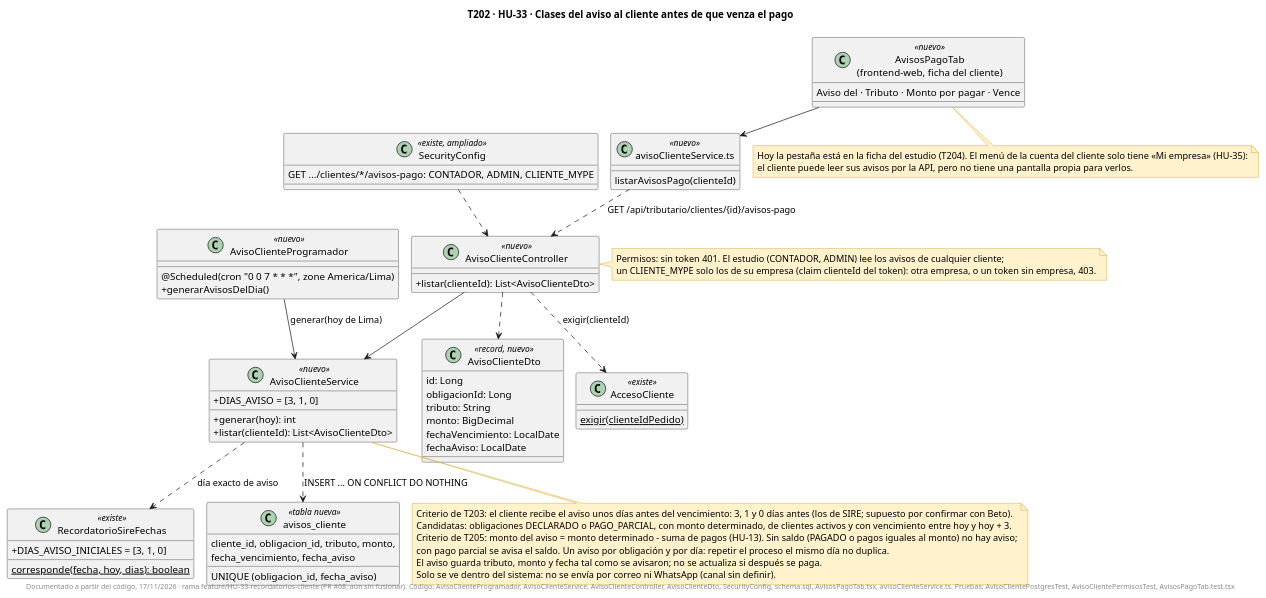
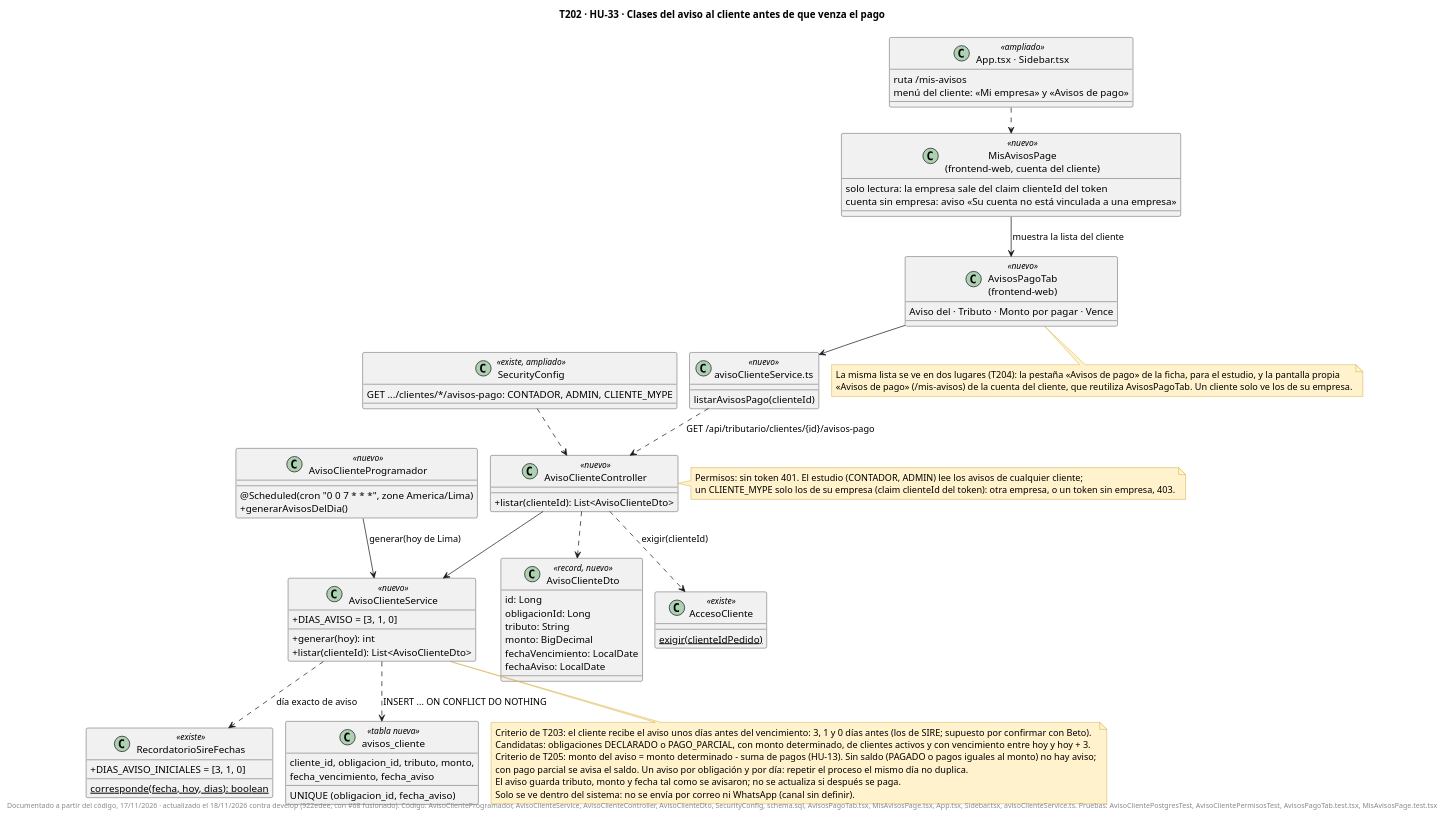
One commit to fabianrodriguez33/plus-contable changed the diagram in docs/uml/T202-HU33-clases.puml. Above: the diagram before and after it, drawn with PlantUML. The commit also changed 11 other files, not shown here.

Commit message:
Diagramas de HU-33, HU-35 y HU-34 actualizados con develop: pantalla «Avisos de pago», redirección al renderizar, 401 que borra la copia local y caché versionado

```diff
--- a/docs/uml/T202-HU33-clases.puml
+++ b/docs/uml/T202-HU33-clases.puml
@@ -1,90 +1,102 @@
 @startuml
 !pragma layout smetana
 title T202 · HU-33 · Clases del aviso al cliente antes de que venza el pago
 skinparam classAttributeIconSize 0
 skinparam shadowing false
 skinparam noteBackgroundColor #FFF2CC
 skinparam noteBorderColor #BF9000
 
 class AvisoClienteProgramador <<nuevo>> {
   @Scheduled(cron "0 0 7 * * *", zone America/Lima)
   +generarAvisosDelDia()
 }
 
 class AvisoClienteService <<nuevo>> {
   +DIAS_AVISO = [3, 1, 0]
   +generar(hoy): int
   +listar(clienteId): List<AvisoClienteDto>
 }
 
 class AvisoClienteController <<nuevo>> {
   +listar(clienteId): List<AvisoClienteDto>
 }
 
 class AvisoClienteDto <<record, nuevo>> {
   id: Long
   obligacionId: Long
   tributo: String
   monto: BigDecimal
   fechaVencimiento: LocalDate
   fechaAviso: LocalDate
 }
 
 class RecordatorioSireFechas <<existe>> {
   +DIAS_AVISO_INICIALES = [3, 1, 0]
   {static} corresponde(fecha, hoy, dias): boolean
 }
 
 class AccesoCliente <<existe>> {
   {static} exigir(clienteIdPedido)
 }
 
 class SecurityConfig <<existe, ampliado>> {
   GET .../clientes/*/avisos-pago: CONTADOR, ADMIN, CLIENTE_MYPE
 }
 
 class "avisos_cliente" as Tabla <<tabla nueva>> {
   cliente_id, obligacion_id, tributo, monto,
   fecha_vencimiento, fecha_aviso
   UNIQUE (obligacion_id, fecha_aviso)
 }
 
-class "AvisosPagoTab\n(frontend-web, ficha del cliente)" as Tab <<nuevo>> {
+class "AvisosPagoTab\n(frontend-web)" as Tab <<nuevo>> {
   Aviso del · Tributo · Monto por pagar · Vence
+}
+
+class "MisAvisosPage\n(frontend-web, cuenta del cliente)" as Mis <<nuevo>> {
+  solo lectura: la empresa sale del claim clienteId del token
+  cuenta sin empresa: aviso «Su cuenta no está vinculada a una empresa»
+}
+
+class "App.tsx · Sidebar.tsx" as Nav <<ampliado>> {
+  ruta /mis-avisos
+  menú del cliente: «Mi empresa» y «Avisos de pago»
 }
 
 class "avisoClienteService.ts" as Srv <<nuevo>> {
   listarAvisosPago(clienteId)
 }
 
 AvisoClienteProgramador --> AvisoClienteService : generar(hoy de Lima)
 AvisoClienteController --> AvisoClienteService
 AvisoClienteController ..> AccesoCliente : exigir(clienteId)
 AvisoClienteController ..> AvisoClienteDto
 AvisoClienteService ..> RecordatorioSireFechas : día exacto de aviso
 AvisoClienteService ..> Tabla : INSERT ... ON CONFLICT DO NOTHING
 Tab --> Srv
+Mis --> Tab : muestra la lista del cliente
+Nav ..> Mis
 Srv ..> AvisoClienteController : GET /api/tributario/clientes/{id}/avisos-pago
 SecurityConfig ..> AvisoClienteController
 
 note bottom of AvisoClienteService
   Criterio de T203: el cliente recibe el aviso unos días antes del vencimiento: 3, 1 y 0 días antes (los de SIRE; supuesto por confirmar con Beto).
   Candidatas: obligaciones DECLARADO o PAGO_PARCIAL, con monto determinado, de clientes activos y con vencimiento entre hoy y hoy + 3.
   Criterio de T205: monto del aviso = monto determinado - suma de pagos (HU-13). Sin saldo (PAGADO o pagos iguales al monto) no hay aviso;
   con pago parcial se avisa el saldo. Un aviso por obligación y por día: repetir el proceso el mismo día no duplica.
   El aviso guarda tributo, monto y fecha tal como se avisaron; no se actualiza si después se paga.
   Solo se ve dentro del sistema: no se envía por correo ni WhatsApp (canal sin definir).
 end note
 
 note right of AvisoClienteController
   Permisos: sin token 401. El estudio (CONTADOR, ADMIN) lee los avisos de cualquier cliente;
   un CLIENTE_MYPE solo los de su empresa (claim clienteId del token): otra empresa, o un token sin empresa, 403.
 end note
 
 note bottom of Tab
-  Hoy la pestaña está en la ficha del estudio (T204). El menú de la cuenta del cliente solo tiene «Mi empresa» (HU-35):
-  el cliente puede leer sus avisos por la API, pero no tiene una pantalla propia para verlos.
+  La misma lista se ve en dos lugares (T204): la pestaña «Avisos de pago» de la ficha, para el estudio, y la pantalla propia
+  «Avisos de pago» (/mis-avisos) de la cuenta del cliente, que reutiliza AvisosPagoTab. Un cliente solo ve los de su empresa.
 end note
 
-footer Documentado a partir del código, 17/11/2026 · rama feature/HU-33-recordatorios-cliente (PR #68, aún sin fusionar). Código: AvisoClienteProgramador, AvisoClienteService, AvisoClienteController, AvisoClienteDto, SecurityConfig, schema.sql, AvisosPagoTab.tsx, avisoClienteService.ts. Pruebas: AvisoClientePostgresTest, AvisoClientePermisosTest, AvisosPagoTab.test.tsx
+footer Documentado a partir del código, 17/11/2026 · actualizado el 18/11/2026 contra develop (922edee, con #68 fusionado). Código: AvisoClienteProgramador, AvisoClienteService, AvisoClienteController, AvisoClienteDto, SecurityConfig, schema.sql, AvisosPagoTab.tsx, MisAvisosPage.tsx, App.tsx, Sidebar.tsx, avisoClienteService.ts. Pruebas: AvisoClientePostgresTest, AvisoClientePermisosTest, AvisosPagoTab.test.tsx, MisAvisosPage.test.tsx
 @enduml
```
